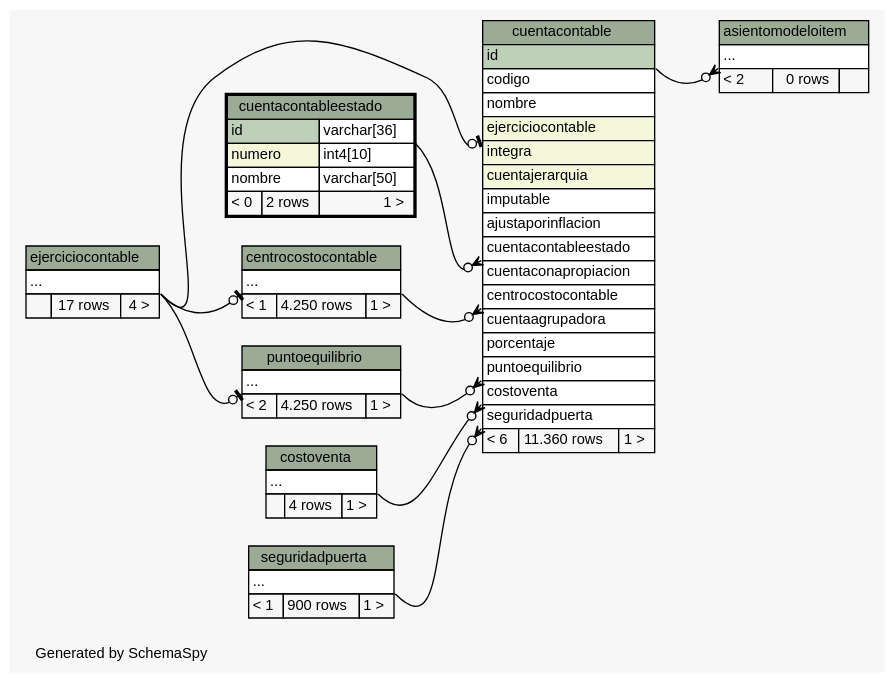
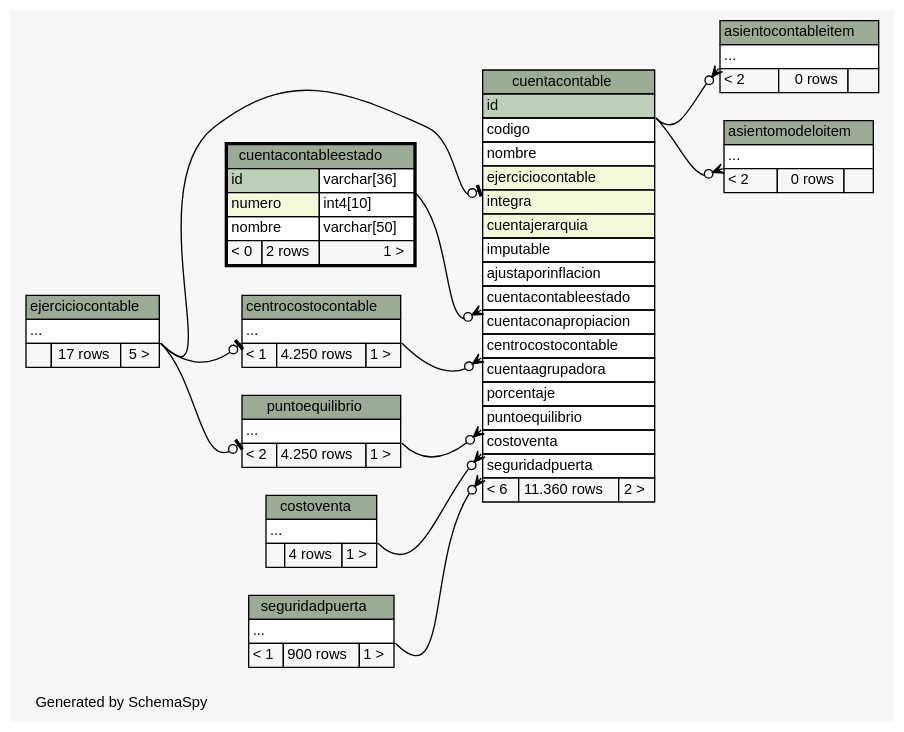
The diagram in files/db/pp/schema/diagrams/cuentacontableestado.2degrees.dot (diegopablomansilla/ms14), drawn with Graphviz before and after one commit. The commit also changed 134 other files, not shown here.

```diff
--- a/files/db/pp/schema/diagrams/cuentacontableestado.2degrees.dot
+++ b/files/db/pp/schema/diagrams/cuentacontableestado.2degrees.dot
@@ -1,128 +1,139 @@
 // dot 2.2.1 on Windows 10 10.0
 // SchemaSpy rev 590
 digraph "twoDegreesRelationshipsDiagram" {
   graph [
     rankdir="RL"
     bgcolor="#f7f7f7"
     label="\nGenerated by SchemaSpy"
     labeljust="l"
     nodesep="0.18"
     ranksep="0.46"
     fontname="Helvetica"
     fontsize="11"
   ];
   node [
     fontname="Helvetica"
     fontsize="11"
     shape="plaintext"
   ];
   edge [
     arrowsize="0.8"
   ];
+  "asientocontableitem":"elipses":sw -> "cuentacontable":"id":se [arrowhead=none dir=back arrowtail=crowodot];
   "asientomodeloitem":"elipses":sw -> "cuentacontable":"id":se [arrowhead=none dir=back arrowtail=crowodot];
   "centrocostocontable":"elipses":sw -> "ejerciciocontable":"elipses":se [arrowhead=none dir=back arrowtail=teeodot];
   "cuentacontable":"centrocostocontable":sw -> "centrocostocontable":"elipses":se [arrowhead=none dir=back arrowtail=crowodot];
   "cuentacontable":"costoventa":sw -> "costoventa":"elipses":se [arrowhead=none dir=back arrowtail=crowodot];
   "cuentacontable":"cuentacontableestado":sw -> "cuentacontableestado":"id.type":se [arrowhead=none dir=back arrowtail=crowodot];
   "cuentacontable":"ejerciciocontable":sw -> "ejerciciocontable":"elipses":se [arrowhead=none dir=back arrowtail=teeodot];
   "cuentacontable":"puntoequilibrio":sw -> "puntoequilibrio":"elipses":se [arrowhead=none dir=back arrowtail=crowodot];
   "cuentacontable":"seguridadpuerta":sw -> "seguridadpuerta":"elipses":se [arrowhead=none dir=back arrowtail=crowodot];
   "puntoequilibrio":"elipses":sw -> "ejerciciocontable":"elipses":se [arrowhead=none dir=back arrowtail=teeodot];
+  "asientocontableitem" [
+    label=<
+    <TABLE BORDER="0" CELLBORDER="1" CELLSPACING="0" BGCOLOR="#ffffff">
+      <TR><TD COLSPAN="3" BGCOLOR="#9bab96" ALIGN="CENTER">asientocontableitem</TD></TR>
+      <TR><TD PORT="elipses" COLSPAN="3" ALIGN="LEFT">...</TD></TR>
+      <TR><TD ALIGN="LEFT" BGCOLOR="#f7f7f7">&lt; 2</TD><TD ALIGN="RIGHT" BGCOLOR="#f7f7f7">0 rows</TD><TD ALIGN="RIGHT" BGCOLOR="#f7f7f7">  </TD></TR>
+    </TABLE>>
+    URL="asientocontableitem.html"
+    tooltip="asientocontableitem"
+  ];
   "asientomodeloitem" [
     label=<
     <TABLE BORDER="0" CELLBORDER="1" CELLSPACING="0" BGCOLOR="#ffffff">
       <TR><TD COLSPAN="3" BGCOLOR="#9bab96" ALIGN="CENTER">asientomodeloitem</TD></TR>
       <TR><TD PORT="elipses" COLSPAN="3" ALIGN="LEFT">...</TD></TR>
       <TR><TD ALIGN="LEFT" BGCOLOR="#f7f7f7">&lt; 2</TD><TD ALIGN="RIGHT" BGCOLOR="#f7f7f7">0 rows</TD><TD ALIGN="RIGHT" BGCOLOR="#f7f7f7">  </TD></TR>
     </TABLE>>
     URL="asientomodeloitem.html"
     tooltip="asientomodeloitem"
   ];
   "centrocostocontable" [
     label=<
     <TABLE BORDER="0" CELLBORDER="1" CELLSPACING="0" BGCOLOR="#ffffff">
       <TR><TD COLSPAN="3" BGCOLOR="#9bab96" ALIGN="CENTER">centrocostocontable</TD></TR>
       <TR><TD PORT="elipses" COLSPAN="3" ALIGN="LEFT">...</TD></TR>
       <TR><TD ALIGN="LEFT" BGCOLOR="#f7f7f7">&lt; 1</TD><TD ALIGN="RIGHT" BGCOLOR="#f7f7f7">4.250 rows</TD><TD ALIGN="RIGHT" BGCOLOR="#f7f7f7">1 &gt;</TD></TR>
     </TABLE>>
     URL="centrocostocontable.html"
     tooltip="centrocostocontable"
   ];
   "costoventa" [
     label=<
     <TABLE BORDER="0" CELLBORDER="1" CELLSPACING="0" BGCOLOR="#ffffff">
       <TR><TD COLSPAN="3" BGCOLOR="#9bab96" ALIGN="CENTER">costoventa</TD></TR>
       <TR><TD PORT="elipses" COLSPAN="3" ALIGN="LEFT">...</TD></TR>
       <TR><TD ALIGN="LEFT" BGCOLOR="#f7f7f7">  </TD><TD ALIGN="RIGHT" BGCOLOR="#f7f7f7">4 rows</TD><TD ALIGN="RIGHT" BGCOLOR="#f7f7f7">1 &gt;</TD></TR>
     </TABLE>>
     URL="costoventa.html"
     tooltip="costoventa"
   ];
   "cuentacontable" [
     label=<
     <TABLE BORDER="0" CELLBORDER="1" CELLSPACING="0" BGCOLOR="#ffffff">
       <TR><TD COLSPAN="3" BGCOLOR="#9bab96" ALIGN="CENTER">cuentacontable</TD></TR>
       <TR><TD PORT="id" COLSPAN="3" BGCOLOR="#bed1b8" ALIGN="LEFT">id</TD></TR>
       <TR><TD PORT="codigo" COLSPAN="3" ALIGN="LEFT">codigo</TD></TR>
       <TR><TD PORT="nombre" COLSPAN="3" ALIGN="LEFT">nombre</TD></TR>
       <TR><TD PORT="ejerciciocontable" COLSPAN="3" BGCOLOR="#f4f7da" ALIGN="LEFT">ejerciciocontable</TD></TR>
       <TR><TD PORT="integra" COLSPAN="3" BGCOLOR="#f4f7da" ALIGN="LEFT">integra</TD></TR>
       <TR><TD PORT="cuentajerarquia" COLSPAN="3" BGCOLOR="#f4f7da" ALIGN="LEFT">cuentajerarquia</TD></TR>
       <TR><TD PORT="imputable" COLSPAN="3" ALIGN="LEFT">imputable</TD></TR>
       <TR><TD PORT="ajustaporinflacion" COLSPAN="3" ALIGN="LEFT">ajustaporinflacion</TD></TR>
       <TR><TD PORT="cuentacontableestado" COLSPAN="3" ALIGN="LEFT">cuentacontableestado</TD></TR>
       <TR><TD PORT="cuentaconapropiacion" COLSPAN="3" ALIGN="LEFT">cuentaconapropiacion</TD></TR>
       <TR><TD PORT="centrocostocontable" COLSPAN="3" ALIGN="LEFT">centrocostocontable</TD></TR>
       <TR><TD PORT="cuentaagrupadora" COLSPAN="3" ALIGN="LEFT">cuentaagrupadora</TD></TR>
       <TR><TD PORT="porcentaje" COLSPAN="3" ALIGN="LEFT">porcentaje</TD></TR>
       <TR><TD PORT="puntoequilibrio" COLSPAN="3" ALIGN="LEFT">puntoequilibrio</TD></TR>
       <TR><TD PORT="costoventa" COLSPAN="3" ALIGN="LEFT">costoventa</TD></TR>
       <TR><TD PORT="seguridadpuerta" COLSPAN="3" ALIGN="LEFT">seguridadpuerta</TD></TR>
-      <TR><TD ALIGN="LEFT" BGCOLOR="#f7f7f7">&lt; 6</TD><TD ALIGN="RIGHT" BGCOLOR="#f7f7f7">11.360 rows</TD><TD ALIGN="RIGHT" BGCOLOR="#f7f7f7">1 &gt;</TD></TR>
+      <TR><TD ALIGN="LEFT" BGCOLOR="#f7f7f7">&lt; 6</TD><TD ALIGN="RIGHT" BGCOLOR="#f7f7f7">11.360 rows</TD><TD ALIGN="RIGHT" BGCOLOR="#f7f7f7">2 &gt;</TD></TR>
     </TABLE>>
     URL="cuentacontable.html"
     tooltip="cuentacontable"
   ];
   "cuentacontableestado" [
     label=<
     <TABLE BORDER="2" CELLBORDER="1" CELLSPACING="0" BGCOLOR="#ffffff">
       <TR><TD COLSPAN="3" BGCOLOR="#9bab96" ALIGN="CENTER">cuentacontableestado</TD></TR>
       <TR><TD PORT="id" COLSPAN="2" BGCOLOR="#bed1b8" ALIGN="LEFT">id</TD><TD PORT="id.type" ALIGN="LEFT">varchar[36]</TD></TR>
       <TR><TD PORT="numero" COLSPAN="2" BGCOLOR="#f4f7da" ALIGN="LEFT">numero</TD><TD PORT="numero.type" ALIGN="LEFT">int4[10]</TD></TR>
       <TR><TD PORT="nombre" COLSPAN="2" ALIGN="LEFT">nombre</TD><TD PORT="nombre.type" ALIGN="LEFT">varchar[50]</TD></TR>
       <TR><TD ALIGN="LEFT" BGCOLOR="#f7f7f7">&lt; 0</TD><TD ALIGN="RIGHT" BGCOLOR="#f7f7f7">2 rows</TD><TD ALIGN="RIGHT" BGCOLOR="#f7f7f7">1 &gt;</TD></TR>
     </TABLE>>
     URL="cuentacontableestado.html"
     tooltip="cuentacontableestado"
   ];
   "ejerciciocontable" [
     label=<
     <TABLE BORDER="0" CELLBORDER="1" CELLSPACING="0" BGCOLOR="#ffffff">
       <TR><TD COLSPAN="3" BGCOLOR="#9bab96" ALIGN="CENTER">ejerciciocontable</TD></TR>
       <TR><TD PORT="elipses" COLSPAN="3" ALIGN="LEFT">...</TD></TR>
-      <TR><TD ALIGN="LEFT" BGCOLOR="#f7f7f7">  </TD><TD ALIGN="RIGHT" BGCOLOR="#f7f7f7">17 rows</TD><TD ALIGN="RIGHT" BGCOLOR="#f7f7f7">4 &gt;</TD></TR>
+      <TR><TD ALIGN="LEFT" BGCOLOR="#f7f7f7">  </TD><TD ALIGN="RIGHT" BGCOLOR="#f7f7f7">17 rows</TD><TD ALIGN="RIGHT" BGCOLOR="#f7f7f7">5 &gt;</TD></TR>
     </TABLE>>
     URL="ejerciciocontable.html"
     tooltip="ejerciciocontable"
   ];
   "puntoequilibrio" [
     label=<
     <TABLE BORDER="0" CELLBORDER="1" CELLSPACING="0" BGCOLOR="#ffffff">
       <TR><TD COLSPAN="3" BGCOLOR="#9bab96" ALIGN="CENTER">puntoequilibrio</TD></TR>
       <TR><TD PORT="elipses" COLSPAN="3" ALIGN="LEFT">...</TD></TR>
       <TR><TD ALIGN="LEFT" BGCOLOR="#f7f7f7">&lt; 2</TD><TD ALIGN="RIGHT" BGCOLOR="#f7f7f7">4.250 rows</TD><TD ALIGN="RIGHT" BGCOLOR="#f7f7f7">1 &gt;</TD></TR>
     </TABLE>>
     URL="puntoequilibrio.html"
     tooltip="puntoequilibrio"
   ];
   "seguridadpuerta" [
     label=<
     <TABLE BORDER="0" CELLBORDER="1" CELLSPACING="0" BGCOLOR="#ffffff">
       <TR><TD COLSPAN="3" BGCOLOR="#9bab96" ALIGN="CENTER">seguridadpuerta</TD></TR>
       <TR><TD PORT="elipses" COLSPAN="3" ALIGN="LEFT">...</TD></TR>
       <TR><TD ALIGN="LEFT" BGCOLOR="#f7f7f7">&lt; 1</TD><TD ALIGN="RIGHT" BGCOLOR="#f7f7f7">900 rows</TD><TD ALIGN="RIGHT" BGCOLOR="#f7f7f7">1 &gt;</TD></TR>
     </TABLE>>
     URL="seguridadpuerta.html"
     tooltip="seguridadpuerta"
   ];
 }
```
